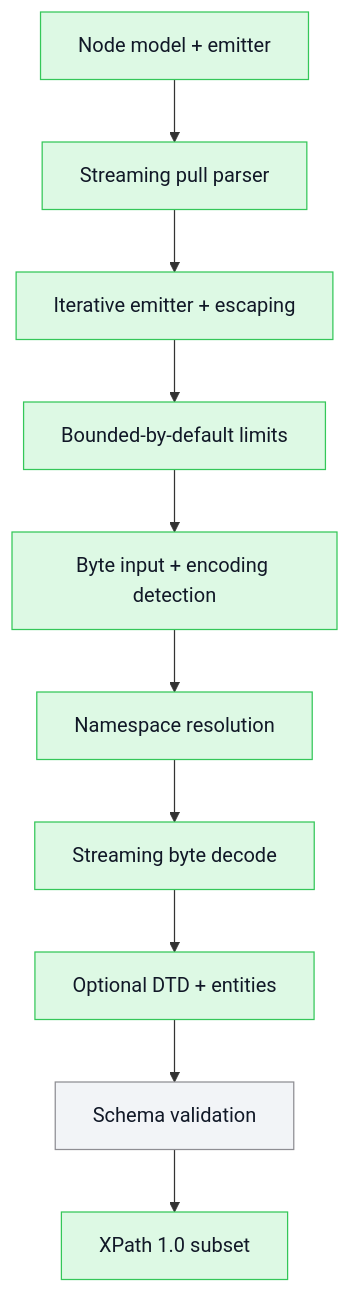
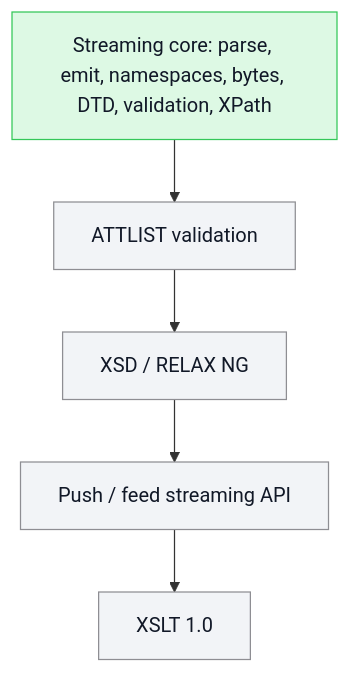
The second of 2 diagrams in README.md (mihaelamj/PureXML), drawn with Mermaid before and after one commit. The commit also changed other lines of this file and 14 other files, not shown here.

First line of the commit message:
feat(validation): add DTD content-model validation

````diff
--- a/README.md
+++ b/README.md
@@ -45,26 +48,16 @@
 ```mermaid
 flowchart TB
   classDef done fill:#ddf9e4,stroke:#34c759,color:#111827
   classDef review fill:#fff7d6,stroke:#ffcc00,color:#111827
   classDef epic fill:#f2e5ff,stroke:#af52de,color:#111827
   classDef todo fill:#f2f4f7,stroke:#8e8e93,color:#111827
-  Model["Node model + emitter"]:::done
-  Stream["Streaming pull parser"]:::done
-  Escape["Iterative emitter + escaping"]:::done
-  Limits["Bounded-by-default limits"]:::done
-  Bytes["Byte input + encoding detection"]:::done
-  Namespaces["Namespace resolution"]:::done
-  ByteStream["Streaming byte decode"]:::done
-  DTD["Optional DTD + entities"]:::done
-  Validation["Schema validation"]:::todo
-  XPath["XPath 1.0 subset"]:::done
-  Model --> Stream
-  Stream --> Escape
-  Escape --> Limits
-  Limits --> Bytes
-  Bytes --> Namespaces
-  Namespaces --> ByteStream
-  ByteStream --> DTD
-  DTD --> Validation
-  Validation --> XPath
+  Core["Streaming core: parse, emit, namespaces, bytes, DTD, validation, XPath"]:::done
+  Attlist["ATTLIST validation"]:::todo
+  Schema["XSD / RELAX NG"]:::todo
+  Push["Push / feed streaming API"]:::todo
+  Xslt["XSLT 1.0"]:::todo
+  Core --> Attlist
+  Attlist --> Schema
+  Schema --> Push
+  Push --> Xslt
 ```
````
